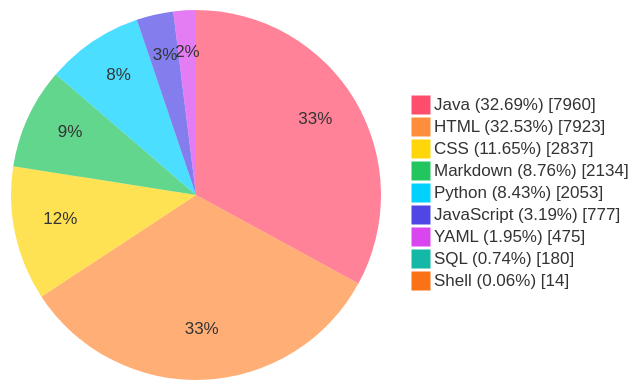
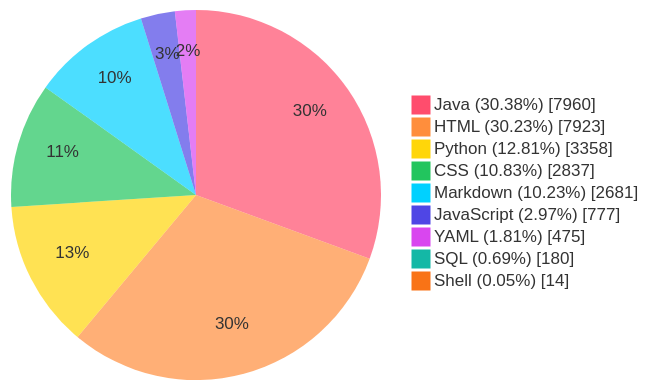
Before and after one commit to TheBadRoger/BUCT-Teaching-Aids: the diagram in README.md, drawn with Mermaid. The commit also changed other lines of this file and 16 other files, not shown here.

````diff
--- a/README.md
+++ b/README.md
@@ -40,28 +40,28 @@
 ```mermaid
 %%{init: {'theme':'base','themeVariables': {
   'fontFamily': 'Fira Code, JetBrains Mono, Source Code Pro, Cascadia Code, Menlo, Consolas, monospace',
   'pieStrokeColor': 'transparent',
   'pieStrokeWidth': '0px',
   'pieOuterStrokeWidth': '0px',
   'pie1': '#FF4D6D',
   'pie2': '#FF8E3C',
   'pie3': '#FFD60A',
   'pie4': '#22C55E',
   'pie5': '#00D1FF',
   'pie6': '#4F46E5',
   'pie7': '#D946EF',
   'pie8': '#14B8A6',
   'pie9': '#F97316',
   'pie10': '#A855F7'
 }}}%%
 pie showData
-    "Java (32.69%)" : 7960
-    "HTML (32.53%)" : 7923
-    "CSS (11.65%)" : 2837
-    "Markdown (8.76%)" : 2134
-    "Python (8.43%)" : 2053
-    "JavaScript (3.19%)" : 777
-    "YAML (1.95%)" : 475
-    "SQL (0.74%)" : 180
-    "Shell (0.06%)" : 14
+    "Java (30.38%)" : 7960
+    "HTML (30.23%)" : 7923
+    "Python (12.81%)" : 3358
+    "CSS (10.83%)" : 2837
+    "Markdown (10.23%)" : 2681
+    "JavaScript (2.97%)" : 777
+    "YAML (1.81%)" : 475
+    "SQL (0.69%)" : 180
+    "Shell (0.05%)" : 14
 ```
````
